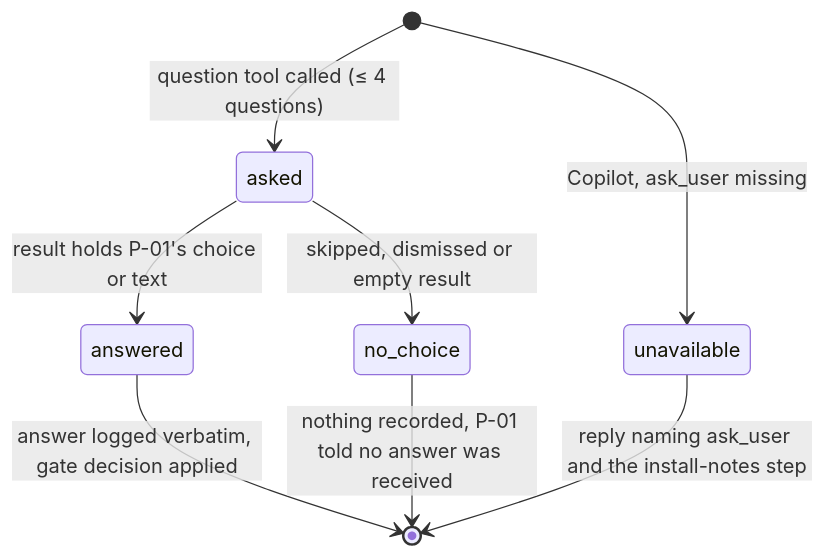
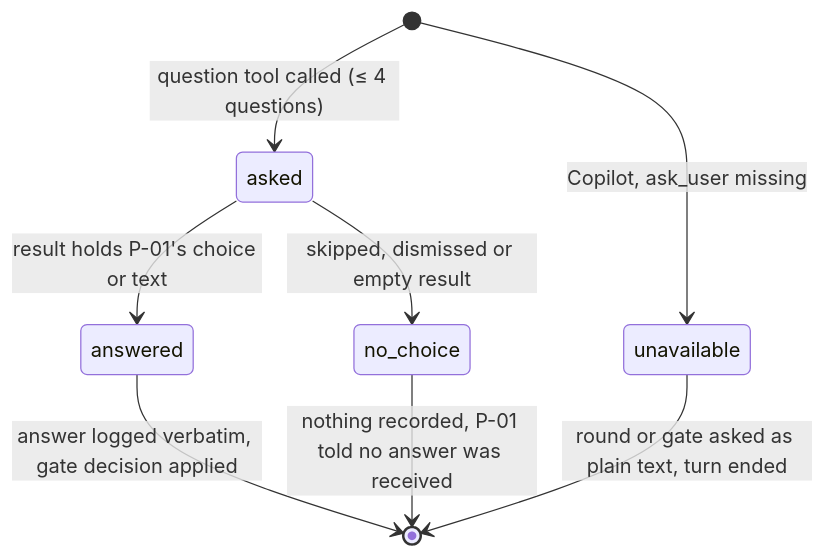
The sixth of 6 diagrams in .sdd/002-multi-platform-targets/10-spec/40-domain/state-machines.md (jlacube/spec-architect), drawn with Mermaid before and after one commit. The commit also changed other lines of this file and 5 other files, not shown here.

Commit message:
CHG-002: spec revision D-037 (spec-writer, test-designer, architect) — REQ-312, AC-312.1 and TS-319 follow the C001 text fallback (no INSTALL.md detour), state machine and US-304 note; TS-226-blocking rule-1 row (14 rows)

````diff
--- a/.sdd/002-multi-platform-targets/10-spec/40-domain/state-machines.md
+++ b/.sdd/002-multi-platform-targets/10-spec/40-domain/state-machines.md
@@ -153,10 +153,10 @@
 ```mermaid
 stateDiagram-v2
   [*] --> asked : question tool called (≤ 4 questions)
   [*] --> unavailable : Copilot, ask_user missing
   asked --> answered : result holds P-01's choice or text
   asked --> no_choice : skipped, dismissed or empty result
   answered --> [*] : answer logged verbatim, gate decision applied
   no_choice --> [*] : nothing recorded, P-01 told no answer was received
-  unavailable --> [*] : reply naming ask_user and the install-notes step
+  unavailable --> [*] : round or gate asked as plain text, turn ended
 ```
````
